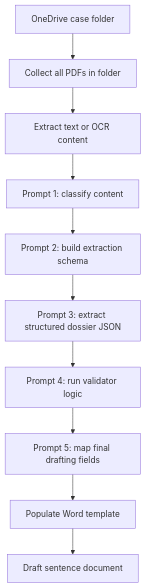
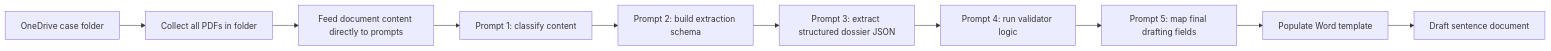
Before and after one commit to Gilbocc/cittadinanza: the diagram in README.md, drawn with Mermaid. The commit also changed other lines of this file, not shown here.

````diff
--- a/README.md
+++ b/README.md
@@ -143,12 +143,12 @@
 ```mermaid
-flowchart TD
+flowchart LR
 	A[OneDrive case folder] --> B[Collect all PDFs in folder]
-	B --> C[Extract text or OCR content]
+	B --> C[Feed document content directly to prompts]
 	C --> D[Prompt 1: classify content]
 	D --> E[Prompt 2: build extraction schema]
 	E --> F[Prompt 3: extract structured dossier JSON]
 	F --> G[Prompt 4: run validator logic]
 	G --> H[Prompt 5: map final drafting fields]
 	H --> I[Populate Word template]
 	I --> J[Draft sentence document]
 ```
````
